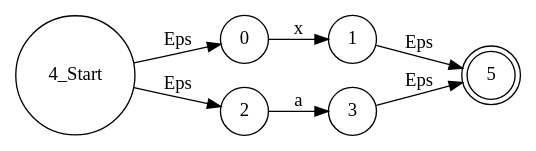
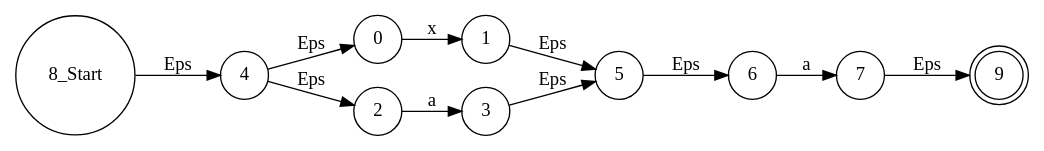
Before and after one commit to vnmsklnk/Interpreter-RegEx: the diagram in src/Interpreter/data/res1.dot, drawn with Graphviz. The commit also changed 5 other files, not shown here.

```diff
--- a/src/Interpreter/data/res1.dot
+++ b/src/Interpreter/data/res1.dot
@@ -1,19 +1,27 @@
 digraph nfa
 {
 rankdir = LR
 node [shape = circle];
-4[shape = circle, label = "4_Start"]
+8[shape = circle, label = "8_Start"]
 0 -> 1 [label = "x"]
 
 2 -> 3 [label = "a"]
 
 1 -> 5 [label = "Eps"]
 
 3 -> 5 [label = "Eps"]
 
 4 -> 0 [label = "Eps"]
 
 4 -> 2 [label = "Eps"]
 
-5[shape = doublecircle]
+5 -> 6 [label = "Eps"]
+
+6 -> 7 [label = "a"]
+
+7 -> 9 [label = "Eps"]
+
+8 -> 4 [label = "Eps"]
+
+9[shape = doublecircle]
 }
```
